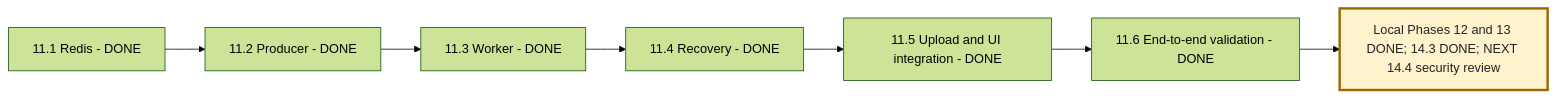
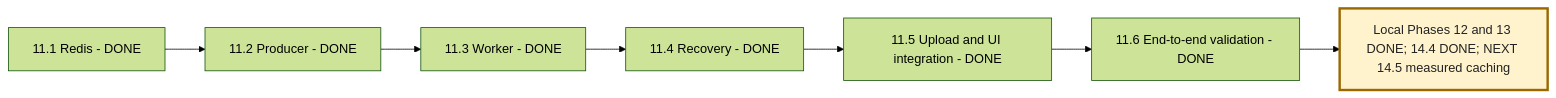
One commit to msdian0007/nexaAi changed the third of 6 diagrams in NEXAAI_ROADMAP.md. Above: the diagram before and after it, drawn with Mermaid (forest theme). The commit also changed other lines of this file and 22 other files, not shown here.

````diff
--- a/NEXAAI_ROADMAP.md
+++ b/NEXAAI_ROADMAP.md
@@ -262,10 +267,10 @@
 ```mermaid
 flowchart LR
     A[11.1 Redis - DONE] --> B[11.2 Producer - DONE]
     B --> C[11.3 Worker - DONE]
     C --> D[11.4 Recovery - DONE]
     D --> E[11.5 Upload and UI integration - DONE]
     E --> F[11.6 End-to-end validation - DONE]
-    F --> G[Local Phases 12 and 13 DONE; 14.3 DONE; NEXT 14.4 security review]
+    F --> G[Local Phases 12 and 13 DONE; 14.4 DONE; NEXT 14.5 measured caching]
     style G fill:#fff3cd,stroke:#9a6700,stroke-width:3px,color:#222
 ```
````
